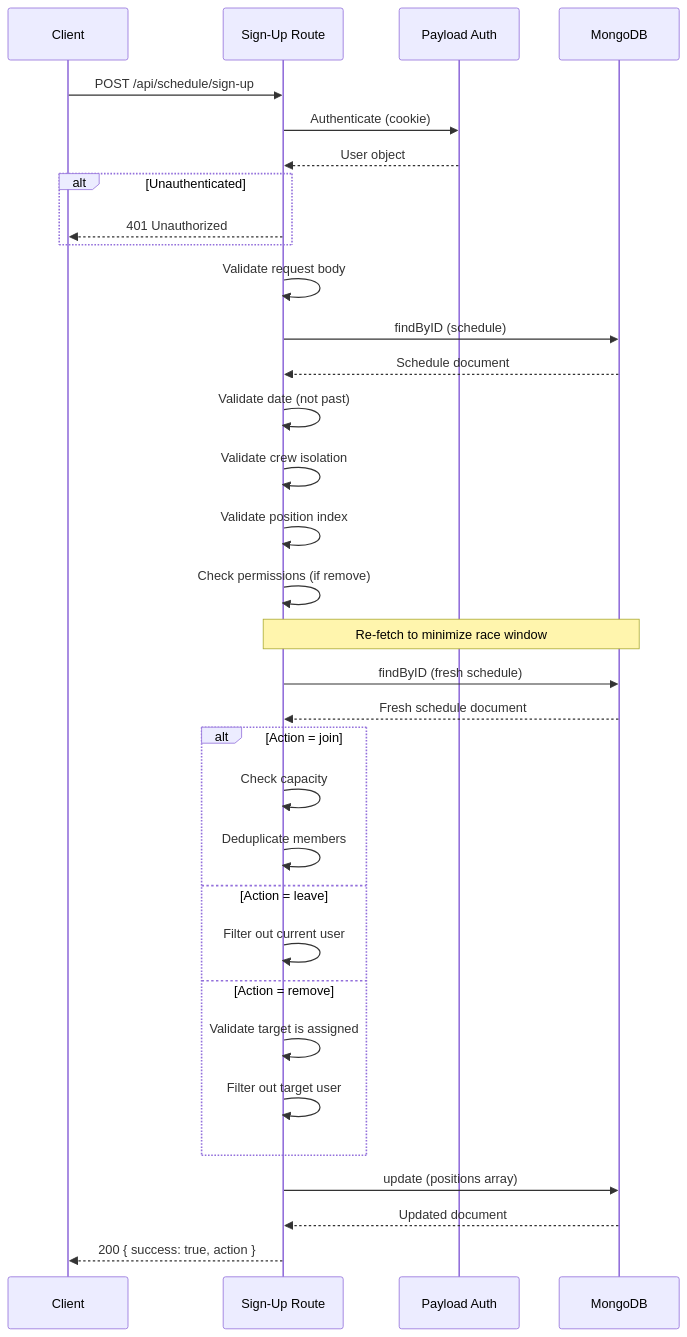
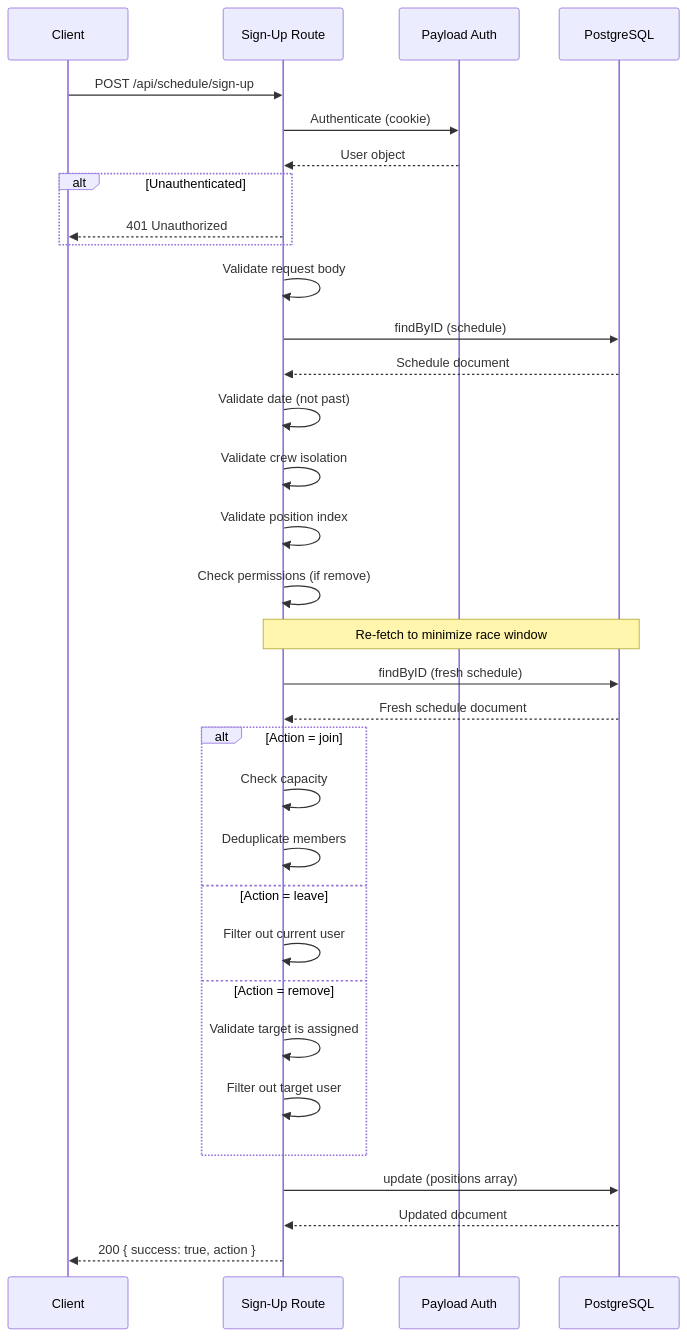
One commit to proutyio/ocfcrews-docs changed the diagram in docs/api/schedule-sign-up.md. Above: the diagram before and after it, drawn with Mermaid. The commit also changed 34 other files, not shown here.

````diff
--- a/docs/api/schedule-sign-up.md
+++ b/docs/api/schedule-sign-up.md
@@ -140,44 +140,44 @@
 ```mermaid
 sequenceDiagram
     participant Client
     participant API as Sign-Up Route
     participant Auth as Payload Auth
-    participant DB as MongoDB
+    participant DB as PostgreSQL
 
     Client->>API: POST /api/schedule/sign-up
     API->>Auth: Authenticate (cookie)
     Auth-->>API: User object
 
     alt Unauthenticated
         API-->>Client: 401 Unauthorized
     end
 
     API->>API: Validate request body
 
     API->>DB: findByID (schedule)
     DB-->>API: Schedule document
 
     API->>API: Validate date (not past)
     API->>API: Validate crew isolation
     API->>API: Validate position index
     API->>API: Check permissions (if remove)
 
     Note over API,DB: Re-fetch to minimize race window
     API->>DB: findByID (fresh schedule)
     DB-->>API: Fresh schedule document
 
     alt Action = join
         API->>API: Check capacity
         API->>API: Deduplicate members
     else Action = leave
         API->>API: Filter out current user
     else Action = remove
         API->>API: Validate target is assigned
         API->>API: Filter out target user
     end
 
     API->>DB: update (positions array)
     DB-->>API: Updated document
 
     API-->>Client: 200 { success: true, action }
 ```
````
